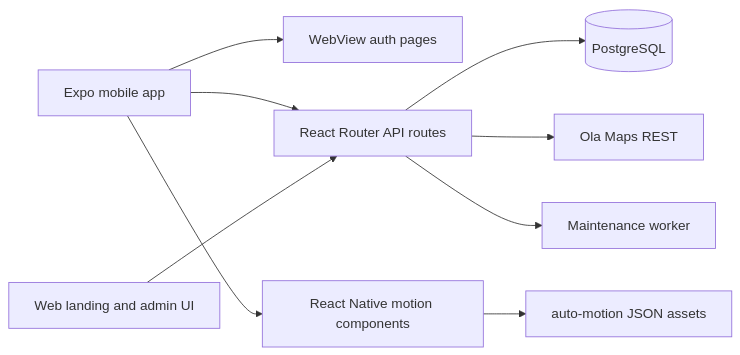
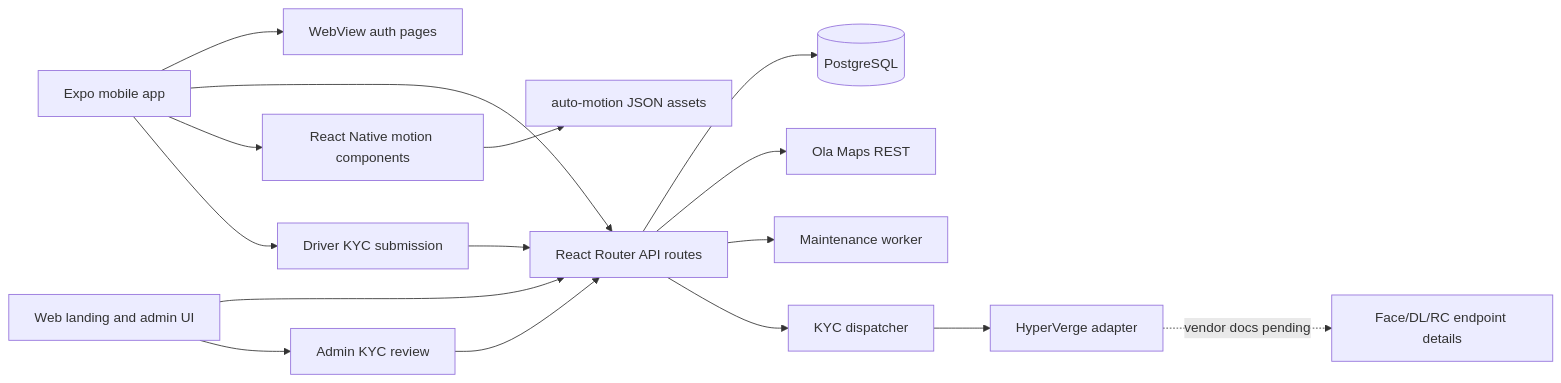
One commit to RohitRajMaturu/AutoRiderApp changed the diagram in KNOWLEDGE_MAP.md. Above: the diagram before and after it, drawn with Mermaid. The commit also changed other lines of this file and 1 other file, not shown here.

Commit message:
docs: update KYC status and knowledge graph

````diff
--- a/KNOWLEDGE_MAP.md
+++ b/KNOWLEDGE_MAP.md
@@ -49,11 +49,18 @@
 ```mermaid
 flowchart LR
   Mobile[Expo mobile app] --> AuthWeb[WebView auth pages]
   Mobile --> Api[React Router API routes]
   Web[Web landing and admin UI] --> Api
   Api --> Db[(PostgreSQL)]
   Api --> Ola[Ola Maps REST]
   Api --> Worker[Maintenance worker]
   Mobile --> Motion[React Native motion components]
   Motion --> Json[auto-motion JSON assets]
+  Mobile --> DriverKyc[Driver KYC submission]
+  DriverKyc --> Api
+  Web --> AdminKyc[Admin KYC review]
+  AdminKyc --> Api
+  Api --> KycDispatcher[KYC dispatcher]
+  KycDispatcher --> HyperVerge[HyperVerge adapter]
+  HyperVerge -. vendor docs pending .-> HyperVergePrivate[Face/DL/RC endpoint details]
 ```
````
